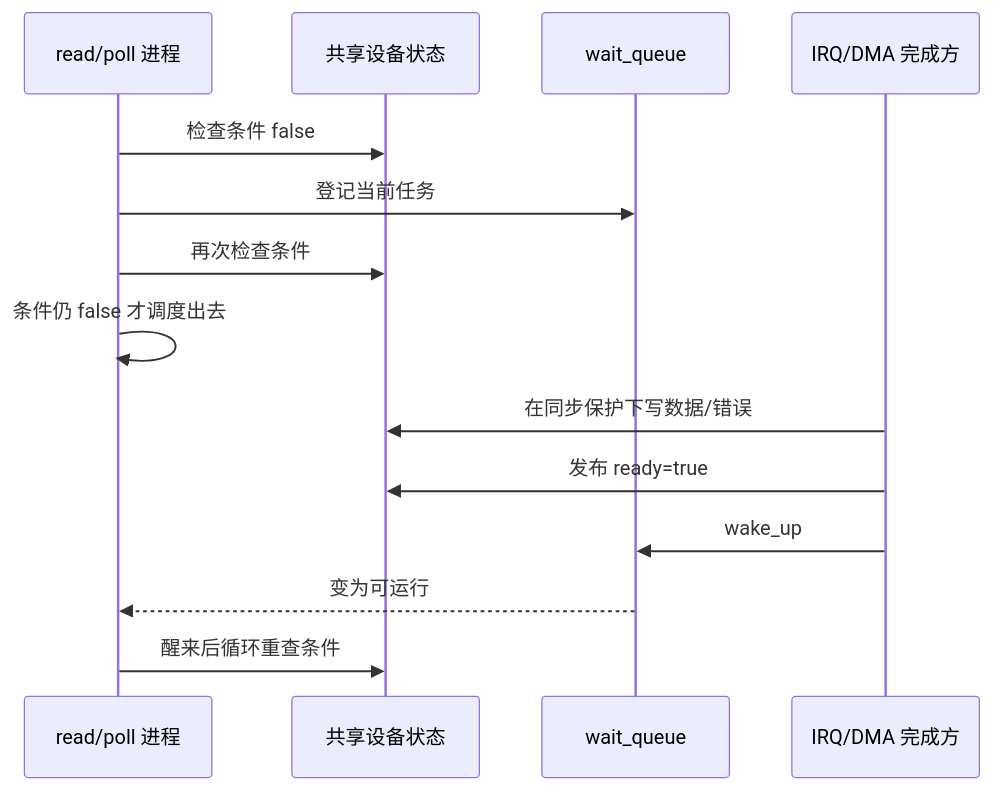
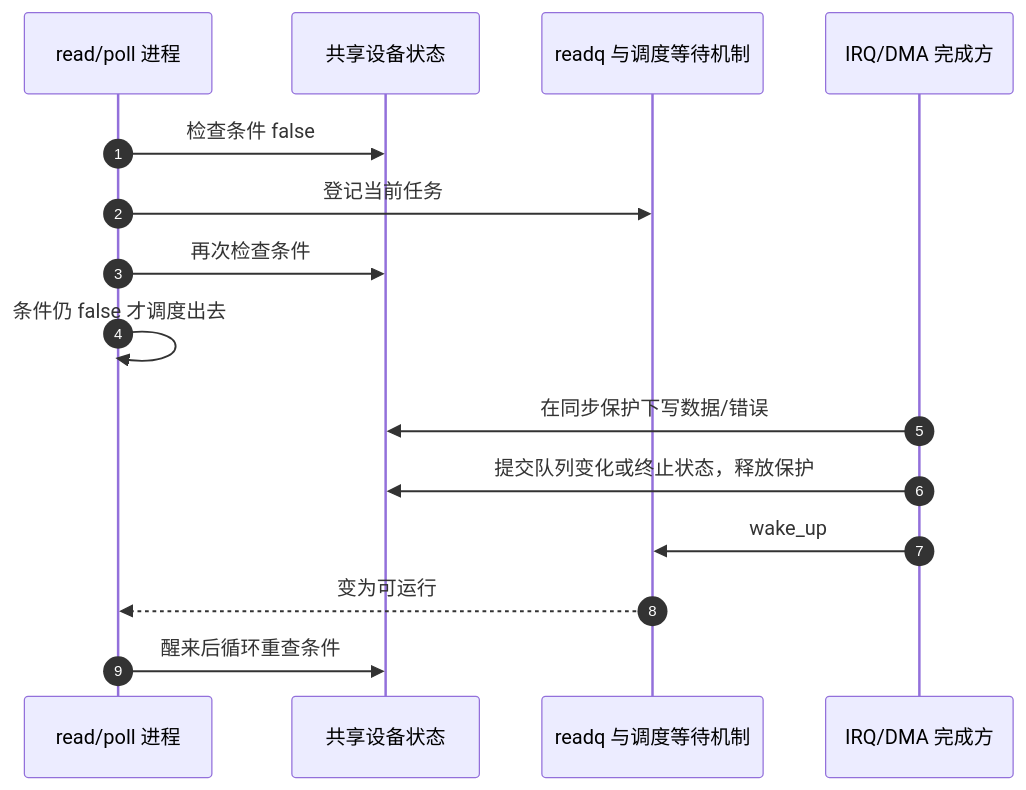
Before and after one commit to FormingSystem/linux_note: the first of 2 diagrams in knowledge/driver_model/character_device/P06_阻塞_poll与异步通知.md, drawn with Mermaid. The commit also changed other lines of this file and 7 other files, not shown here.

````diff
--- a/knowledge/driver_model/character_device/P06_阻塞_poll与异步通知.md
+++ b/knowledge/driver_model/character_device/P06_阻塞_poll与异步通知.md
@@ -15,16 +23,17 @@
 ```mermaid
 sequenceDiagram
+    autonumber
     participant P as read/poll 进程
     participant S as 共享设备状态
-    participant W as wait_queue
+    participant W as readq 与调度等待机制
     participant I as IRQ/DMA 完成方
     P->>S: 检查条件 false
     P->>W: 登记当前任务
     P->>S: 再次检查条件
     P->>P: 条件仍 false 才调度出去
     I->>S: 在同步保护下写数据/错误
-    I->>S: 发布 ready=true
+    I->>S: 提交队列变化或终止状态，释放保护
     I->>W: wake_up
     W-->>P: 变为可运行
     P->>S: 醒来后循环重查条件
 ```
````
